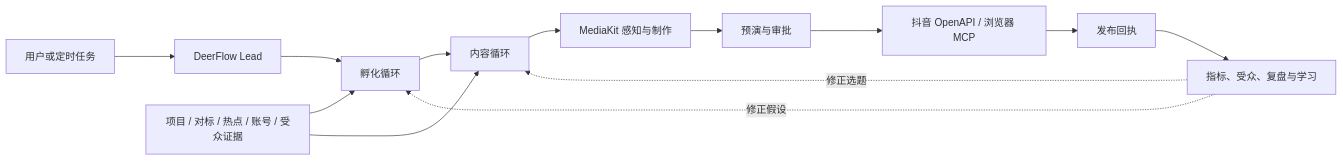
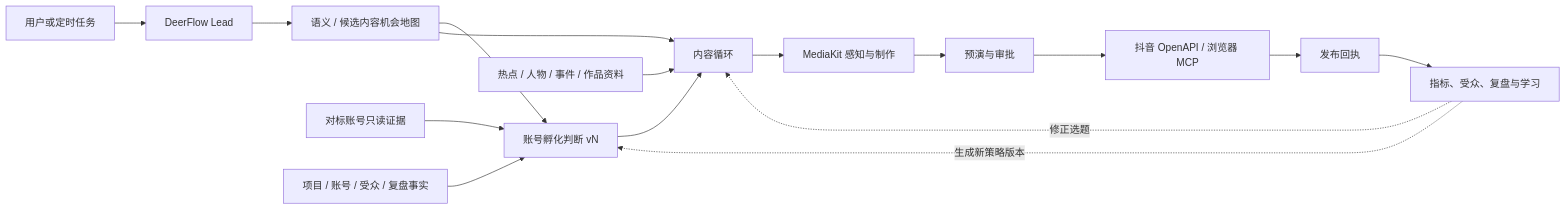
The first of 4 diagrams in docs/content-intelligence-v6/ARCHITECTURE.md (yangshengguo46-stack/marketing-system-v6), drawn with Mermaid before and after one commit. The commit also changed other lines of this file and 34 other files, not shown here.

Commit message:
refactor: separate content opportunities from account strategy

````diff
--- a/docs/content-intelligence-v6/ARCHITECTURE.md
+++ b/docs/content-intelligence-v6/ARCHITECTURE.md
@@ -12,15 +12,18 @@
 ```mermaid
 flowchart LR
     USER["用户或定时任务"] --> LEAD["DeerFlow Lead"]
-    EVIDENCE["项目 / 对标 / 热点 / 账号 / 受众证据"] --> INC["孵化循环"]
-    LEAD --> INC
-    INC --> CONTENT["内容循环"]
-    EVIDENCE --> CONTENT
+    LEAD --> OPPORTUNITY["语义 / 候选内容机会地图"]
+    BENCH["对标账号只读证据"] --> STRATEGY["账号孵化判断 vN"]
+    FACTS["项目 / 账号 / 受众 / 复盘事实"] --> STRATEGY
+    OPPORTUNITY --> STRATEGY
+    STRATEGY --> CONTENT["内容循环"]
+    OPPORTUNITY --> CONTENT
+    TOPIC_EVIDENCE["热点 / 人物 / 事件 / 作品资料"] --> CONTENT
     CONTENT --> MEDIA["MediaKit 感知与制作"]
     MEDIA --> PRE["预演与审批"]
     PRE --> PLATFORM["抖音 OpenAPI / 浏览器 MCP"]
     PLATFORM --> RECEIPT["发布回执"]
     RECEIPT --> LEARN["指标、受众、复盘与学习"]
-    LEARN -. "修正假设" .-> INC
+    LEARN -. "生成新策略版本" .-> STRATEGY
     LEARN -. "修正选题" .-> CONTENT
 ```
````
